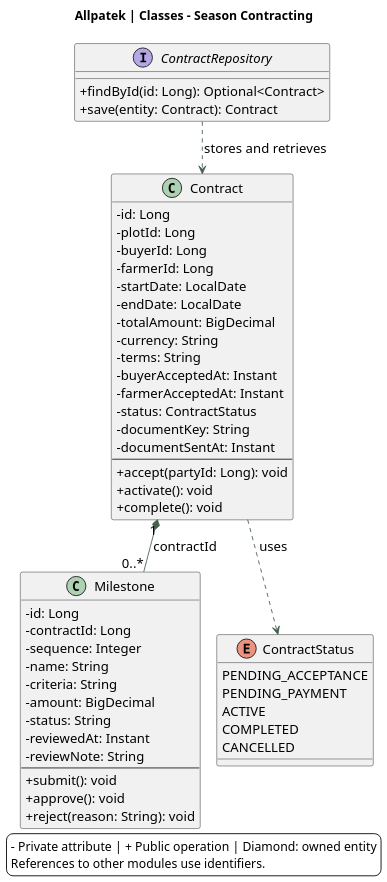
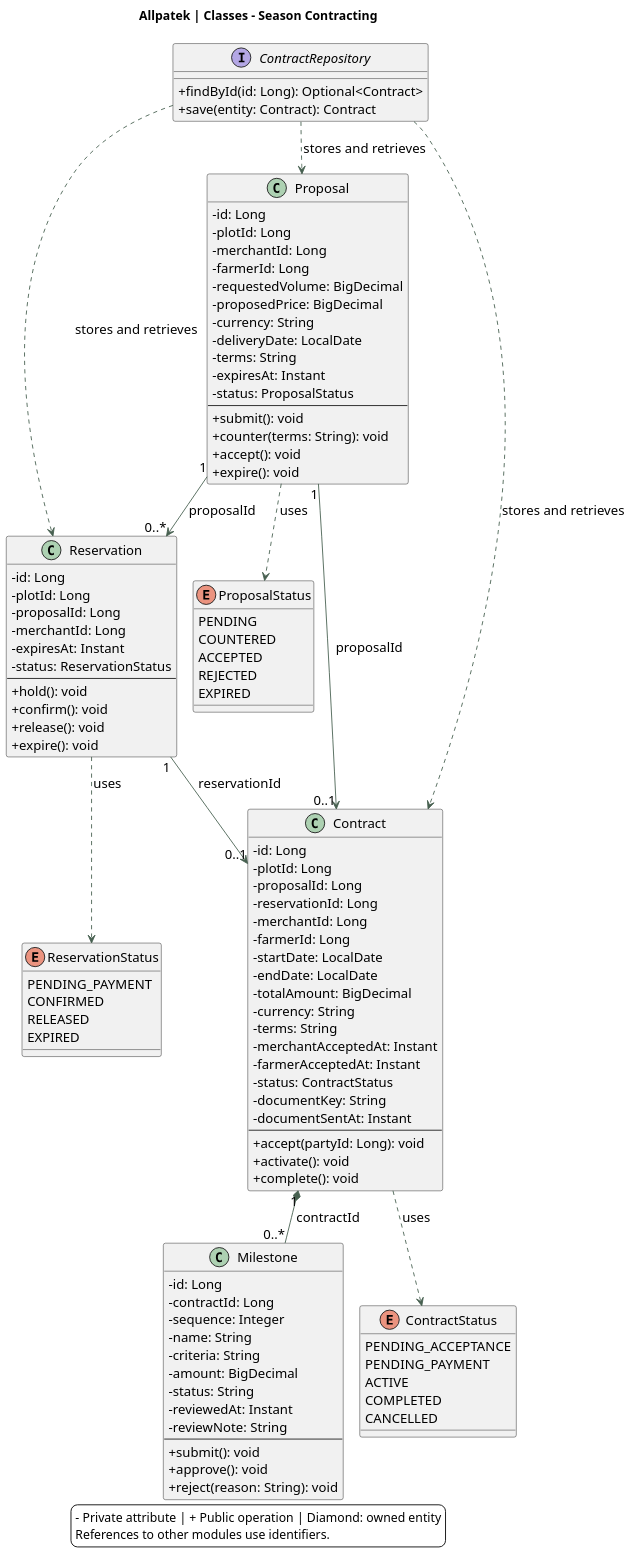
One commit to upc-pre-202620-1asi0729-7753-Terranova/allpatek-report changed the diagram in assets/chapter-04/architecture/10-classes-contracts.puml. Above: the diagram before and after it, drawn with PlantUML. The commit also changed 12 other files, not shown here.

Commit message:
docs(architecture): model proposals and reservations

```diff
--- a/assets/chapter-04/architecture/10-classes-contracts.puml
+++ b/assets/chapter-04/architecture/10-classes-contracts.puml
@@ -1,65 +1,118 @@
 @startuml
 !pragma layout smetana
 skinparam backgroundColor white
 skinparam defaultFontName SansSerif
 skinparam defaultFontSize 15
 skinparam shadowing false
 skinparam classAttributeIconSize 0
 skinparam ArrowColor #476050
 skinparam dpi 140
 title Allpatek | Classes - Season Contracting
 top to bottom direction
+class Proposal {
+ -id: Long
+ -plotId: Long
+ -merchantId: Long
+ -farmerId: Long
+ -requestedVolume: BigDecimal
+ -proposedPrice: BigDecimal
+ -currency: String
+ -deliveryDate: LocalDate
+ -terms: String
+ -expiresAt: Instant
+ -status: ProposalStatus
+ --
++submit(): void
++counter(terms: String): void
++accept(): void
++expire(): void
+}
+class Reservation {
+ -id: Long
+ -plotId: Long
+ -proposalId: Long
+ -merchantId: Long
+ -expiresAt: Instant
+ -status: ReservationStatus
+ --
++hold(): void
++confirm(): void
++release(): void
++expire(): void
+}
 class Contract {
  -id: Long
  -plotId: Long
- -buyerId: Long
+ -proposalId: Long
+ -reservationId: Long
+ -merchantId: Long
  -farmerId: Long
  -startDate: LocalDate
  -endDate: LocalDate
  -totalAmount: BigDecimal
  -currency: String
  -terms: String
- -buyerAcceptedAt: Instant
+ -merchantAcceptedAt: Instant
  -farmerAcceptedAt: Instant
  -status: ContractStatus
  -documentKey: String
  -documentSentAt: Instant
  --
 +accept(partyId: Long): void
 +activate(): void
 +complete(): void
 }
 class Milestone {
  -id: Long
  -contractId: Long
  -sequence: Integer
  -name: String
  -criteria: String
  -amount: BigDecimal
  -status: String
  -reviewedAt: Instant
  -reviewNote: String
  --
 +submit(): void
 +approve(): void
 +reject(reason: String): void
 }
+enum ProposalStatus {
+PENDING
+COUNTERED
+ACCEPTED
+REJECTED
+EXPIRED
+}
+enum ReservationStatus {
+PENDING_PAYMENT
+CONFIRMED
+RELEASED
+EXPIRED
+}
 enum ContractStatus {
 PENDING_ACCEPTANCE
 PENDING_PAYMENT
 ACTIVE
 COMPLETED
 CANCELLED
 }
+Proposal ..> ProposalStatus : uses
+Reservation ..> ReservationStatus : uses
 Contract ..> ContractStatus : uses
 interface ContractRepository {
  +findById(id: Long): Optional<Contract>
  +save(entity: Contract): Contract
 }
+ContractRepository ..> Proposal : stores and retrieves
+ContractRepository ..> Reservation : stores and retrieves
 ContractRepository ..> Contract : stores and retrieves
+Proposal "1" --> "0..*" Reservation : proposalId
+Proposal "1" --> "0..1" Contract : proposalId
+Reservation "1" --> "0..1" Contract : reservationId
 Contract "1" *-- "0..*" Milestone : contractId
 legend bottom
 - Private attribute | + Public operation | Diamond: owned entity
 References to other modules use identifiers.
 endlegend
 @enduml
```
